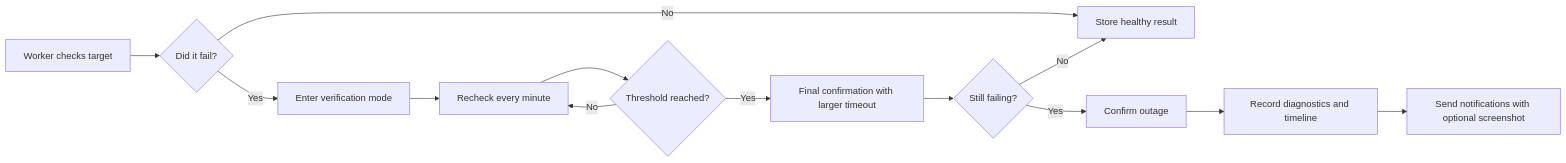
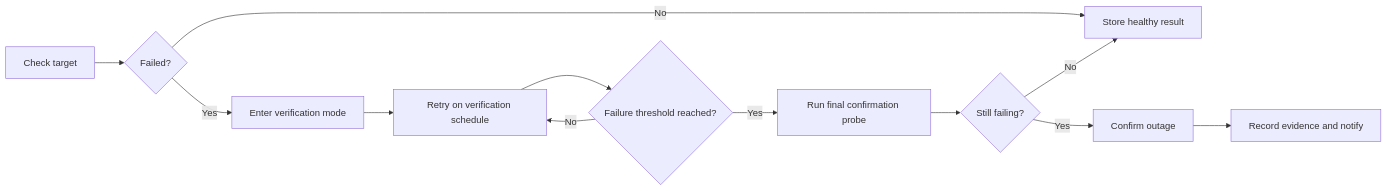
One commit to febroine/sentrovia-monitoring changed the diagram in README.md. Above: the diagram before and after it, drawn with Mermaid. The commit also changed other lines of this file and 1 other file, not shown here.

````diff
--- a/README.md
+++ b/README.md
@@ -45,15 +62,14 @@
 ```mermaid
 flowchart LR
-    A["Worker checks target"] --> B{"Did it fail?"}
+    A["Check target"] --> B{"Failed?"}
     B -- "No" --> C["Store healthy result"]
     B -- "Yes" --> D["Enter verification mode"]
-    D --> E["Recheck every minute"]
-    E --> F{"Threshold reached?"}
+    D --> E["Retry on verification schedule"]
+    E --> F{"Failure threshold reached?"}
     F -- "No" --> E
-    F -- "Yes" --> G["Final confirmation with larger timeout"]
+    F -- "Yes" --> G["Run final confirmation probe"]
     G --> H{"Still failing?"}
     H -- "No" --> C
     H -- "Yes" --> I["Confirm outage"]
-    I --> J["Record diagnostics and timeline"]
-    J --> K["Send notifications with optional screenshot"]
+    I --> J["Record evidence and notify"]
 ```
````
